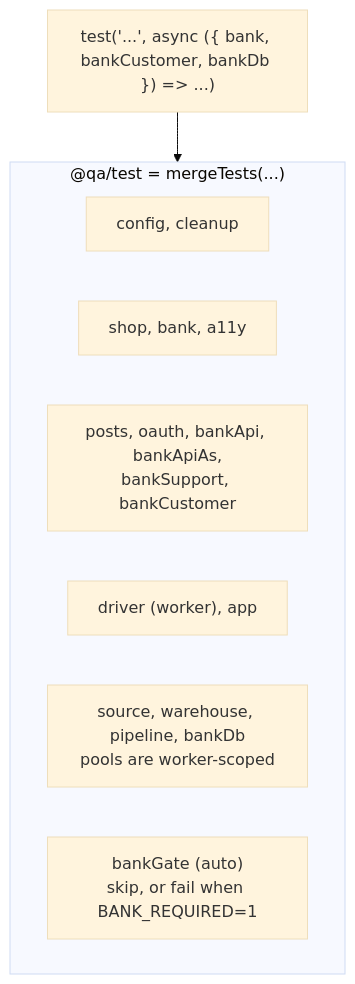
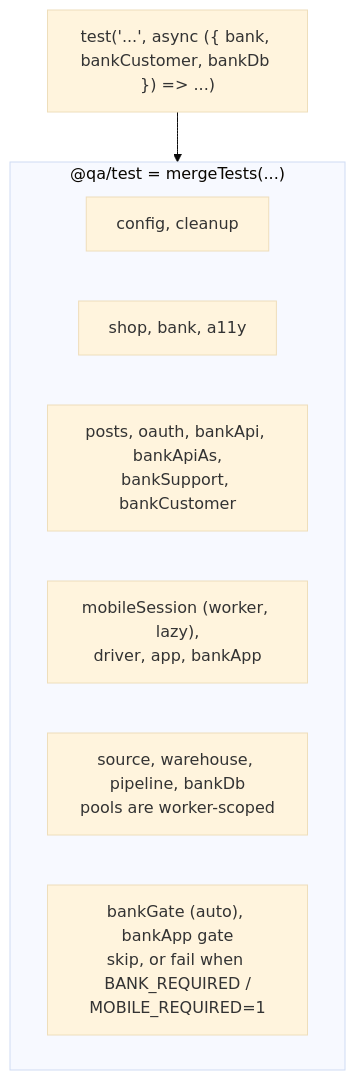
One commit to robindraec09/unified-automation-framework changed the fourth of 14 diagrams in docs/ARCHITECTURE.md. Above: the diagram before and after it, drawn with Mermaid (base theme). The commit also changed other lines of this file and 42 other files, not shown here.

````diff
--- a/docs/ARCHITECTURE.md
+++ b/docs/ARCHITECTURE.md
@@ -129,12 +131,12 @@
 ```mermaid
 flowchart TB
   subgraph merged["@qa/test = mergeTests(...)"]
     core["config, cleanup"]
     webf["shop, bank, a11y"]
     apif["posts, oauth, bankApi, bankApiAs,<br/>bankSupport, bankCustomer"]
-    mobf["driver (worker), app"]
+    mobf["mobileSession (worker, lazy),<br/>driver, app, bankApp"]
     etlf["source, warehouse, pipeline, bankDb<br/>pools are worker-scoped"]
-    gate["bankGate (auto)<br/>skip, or fail when BANK_REQUIRED=1"]
+    gate["bankGate (auto), bankApp gate<br/>skip, or fail when BANK_REQUIRED /<br/>MOBILE_REQUIRED=1"]
   end
   spec["test('...', async ({ bank, bankCustomer, bankDb }) => ...)"] --> merged
 ```
````
